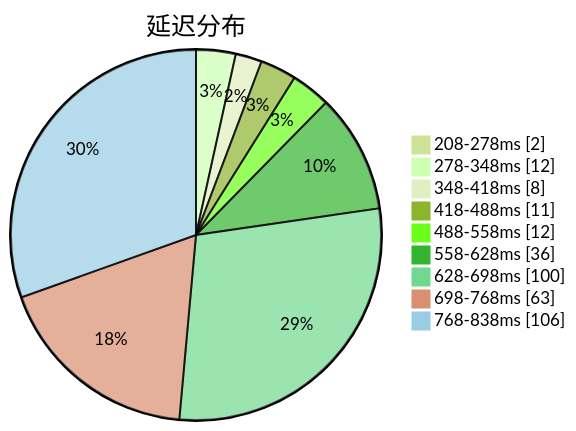
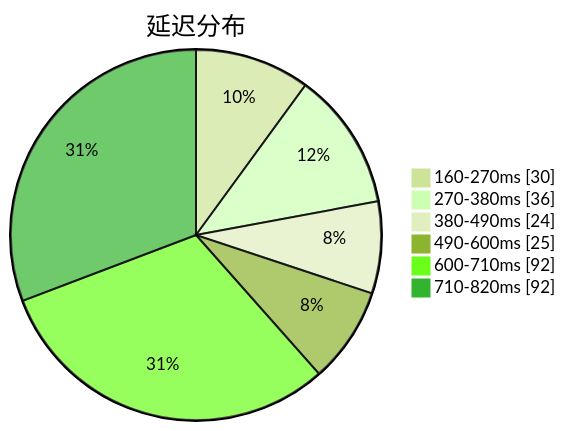
The first of 3 diagrams in subs/statistics/tested_within.md (qjlxg/airport), drawn with Mermaid (forest theme) before and after one commit. The commit also changed other lines of this file and 2 other files, not shown here.

Commit message:
Tested by metaST

````diff
--- a/subs/statistics/tested_within.md
+++ b/subs/statistics/tested_within.md
@@ -2,13 +2,10 @@
 ```mermaid
 pie showData
 title 延迟分布
-"208-278ms" : 2
-"278-348ms" : 12
-"348-418ms" : 8
-"418-488ms" : 11
-"488-558ms" : 12
-"558-628ms" : 36
-"628-698ms" : 100
-"698-768ms" : 63
-"768-838ms" : 106
+"160-270ms" : 30
+"270-380ms" : 36
+"380-490ms" : 24
+"490-600ms" : 25
+"600-710ms" : 92
+"710-820ms" : 92
 ```
````
